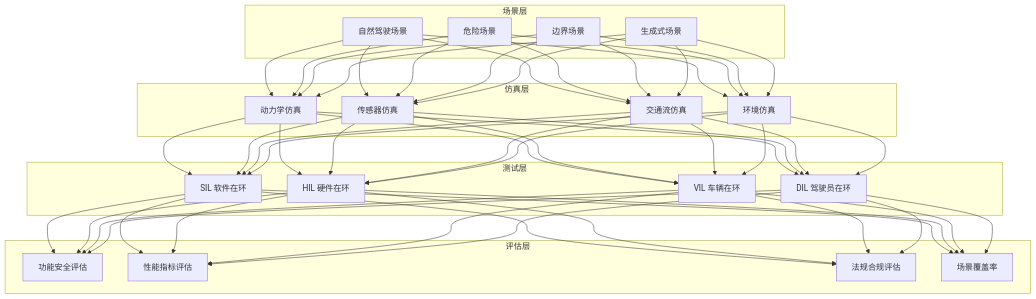
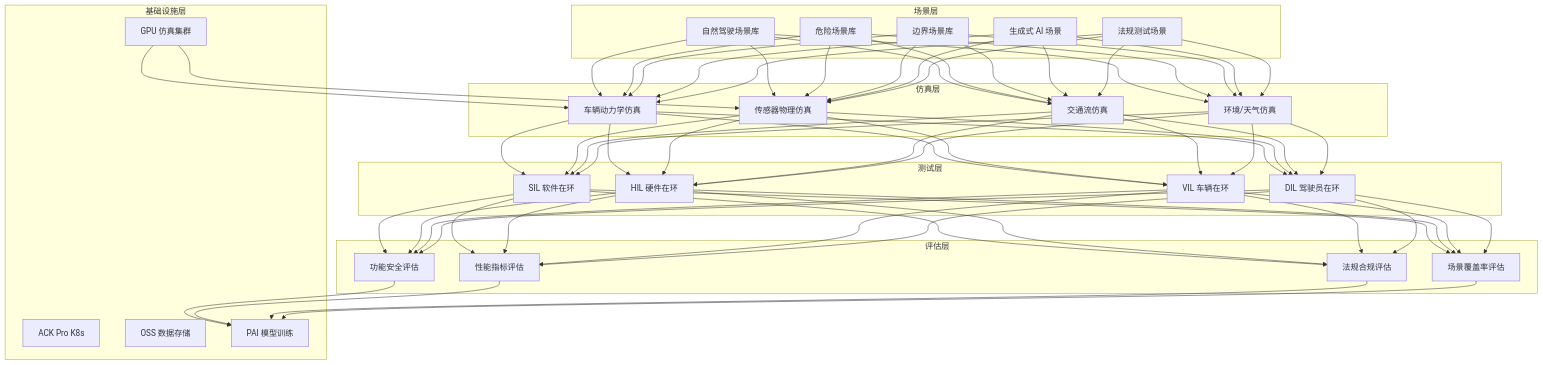
One commit to kudig-io/kudig-database changed the first of 2 diagrams in topic-application-architecture/65-autonomous-driving-sim.md. Above: the diagram before and after it, drawn with Mermaid. The commit also changed other lines of this file and 8633 other files, not shown here.

````diff
--- a/topic-application-architecture/65-autonomous-driving-sim.md
+++ b/topic-application-architecture/65-autonomous-driving-sim.md
@@ -49,34 +132,44 @@
 ```mermaid
 graph TB
-    subgraph 场景层
-        S1[自然驾驶场景]
-        S2[危险场景]
-        S3[边界场景]
-        S4[生成式场景]
+    subgraph ScenarioLayer["场景层"]
+        S1[自然驾驶场景库]
+        S2[危险场景库]
+        S3[边界场景库]
+        S4[生成式 AI 场景]
+        S5[法规测试场景]
     end
 
-    subgraph 仿真层
-        SIM1[动力学仿真]
-        SIM2[传感器仿真]
+    subgraph SimLayer["仿真层"]
+        SIM1[车辆动力学仿真]
+        SIM2[传感器物理仿真]
         SIM3[交通流仿真]
-        SIM4[环境仿真]
+        SIM4[环境/天气仿真]
     end
 
-    subgraph 测试层
+    subgraph TestLayer["测试层"]
         T1[SIL 软件在环]
         T2[HIL 硬件在环]
         T3[VIL 车辆在环]
         T4[DIL 驾驶员在环]
     end
 
-    subgraph 评估层
+    subgraph EvalLayer["评估层"]
         E1[功能安全评估]
         E2[性能指标评估]
         E3[法规合规评估]
-        E4[场景覆盖率]
+        E4[场景覆盖率评估]
     end
 
-    S1 & S2 & S3 & S4 --> SIM1 & SIM2 & SIM3 & SIM4
+    subgraph InfraLayer["基础设施层"]
+        I1[GPU 仿真集群]
+        I2[ACK Pro K8s]
+        I3[OSS 数据存储]
+        I4[PAI 模型训练]
+    end
+
+    S1 & S2 & S3 & S4 & S5 --> SIM1 & SIM2 & SIM3 & SIM4
     SIM1 & SIM2 & SIM3 & SIM4 --> T1 & T2 & T3 & T4
     T1 & T2 & T3 & T4 --> E1 & E2 & E3 & E4
+    E1 & E2 & E3 & E4 --> I4
+    I1 --> SIM1 & SIM2
 ```
````
